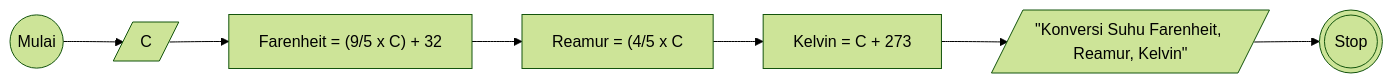
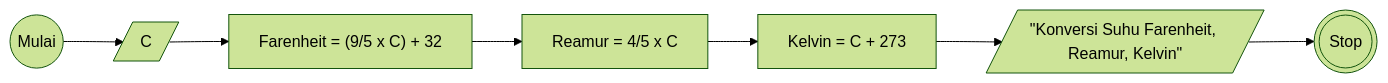
The diagram in algoritma-minitask-konversi-suhu.md (yusufbahtiarr/fgo24-algoritma), drawn with Mermaid (forest theme) before and after one commit. The commit also changed other lines of this file, not shown here.

````diff
--- a/algoritma-minitask-konversi-suhu.md
+++ b/algoritma-minitask-konversi-suhu.md
@@ -9,18 +9,18 @@
 ```mermaid
 flowchart LR
 a@{shape: circle, label: "Mulai"}
 b@{shape: lean-r, label: "C"}
 c@{shape: rect, label: "Farenheit = (9/5 x C) + 32"}
-d@{shape: rect, label: "Reamur = (4/5 x C"}
+d@{shape: rect, label: "Reamur = 4/5 x C"}
 e@{shape: rect, label: "Kelvin = C + 273"}
 f@{shape: lean-r, label: '"Konversi Suhu Farenheit, Reamur, Kelvin"'}
 x@{shape: dbl-circ, label: "Stop"}
 
 a --> b
 b --> c
 c --> d
 d --> e
 e --> f
 f --> x
 
 ```
````
